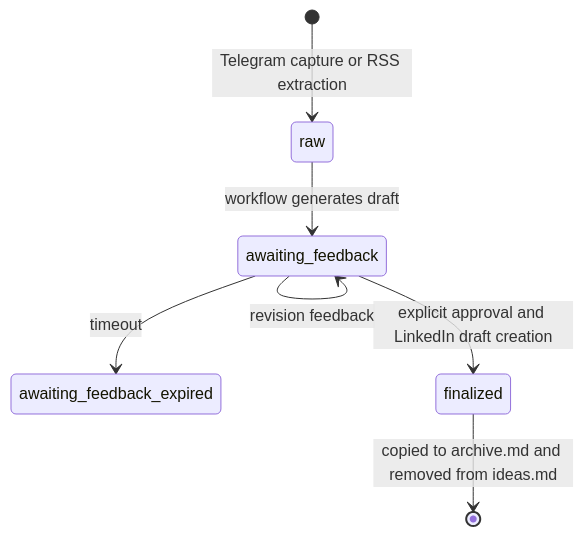
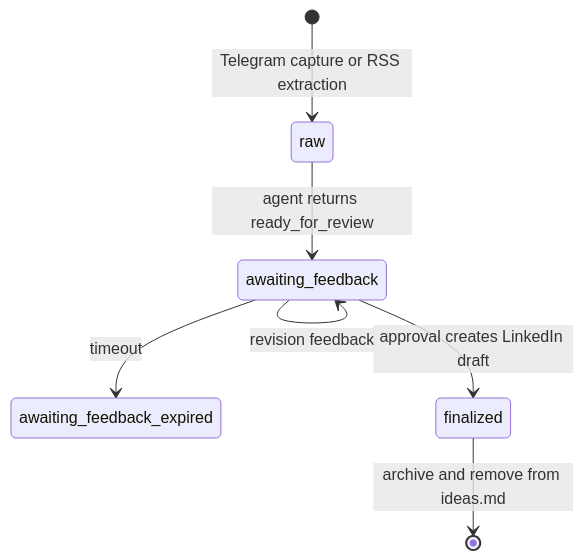
One commit to satwikhebbar/kipp changed the second of 3 diagrams in docs/architecture/data-and-state.md. Above: the diagram before and after it, drawn with Mermaid. The commit also changed other lines of this file and 8 other files, not shown here.

Commit message:
docs: refresh Kipp architecture and README

````diff
--- a/docs/architecture/data-and-state.md
+++ b/docs/architecture/data-and-state.md
@@ -32,9 +45,9 @@
 ```mermaid
 stateDiagram-v2
   [*] --> raw: Telegram capture or RSS extraction
-  raw --> awaiting_feedback: workflow generates draft
+  raw --> awaiting_feedback: agent returns ready_for_review
   awaiting_feedback --> awaiting_feedback: revision feedback
   awaiting_feedback --> awaiting_feedback_expired: timeout
-  awaiting_feedback --> finalized: explicit approval and LinkedIn draft creation
-  finalized --> [*]: copied to archive.md and removed from ideas.md
+  awaiting_feedback --> finalized: approval creates LinkedIn draft
+  finalized --> [*]: archive and remove from ideas.md
 ```
````
